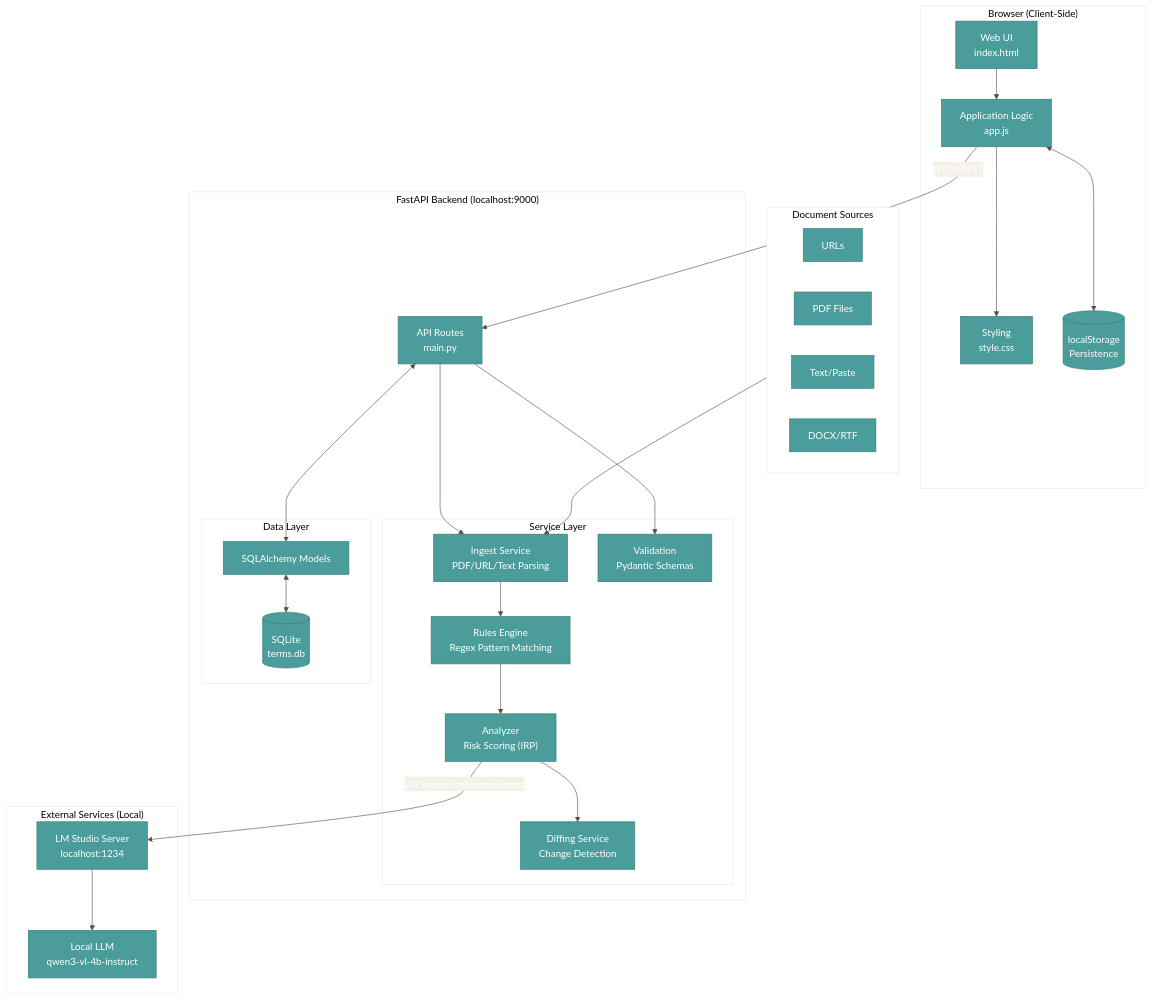
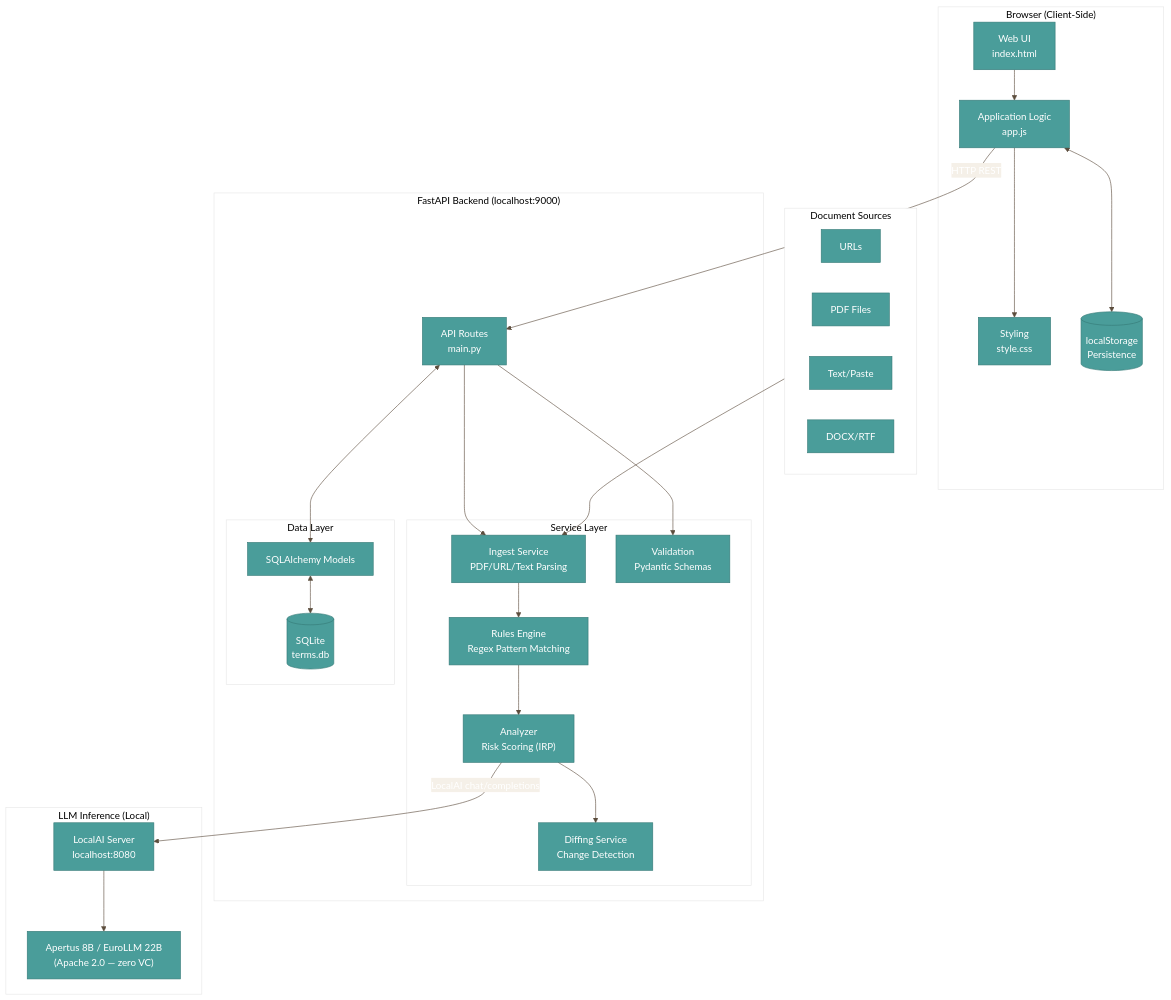
Before and after one commit to jennifer-mckinney/terms-analysis: the diagram in docs/diagrams/architecture.mmd, drawn with Mermaid. The commit also changed 8 other files, not shown here.

```diff
--- a/docs/diagrams/architecture.mmd
+++ b/docs/diagrams/architecture.mmd
@@ -1,64 +1,64 @@
 %%{init: {'theme': 'base', 'themeVariables': { 'primaryColor': '#4a9d9a', 'primaryTextColor': '#fff', 'primaryBorderColor': '#357a77', 'lineColor': '#5c4d3d', 'secondaryColor': '#f5f0e8', 'tertiaryColor': '#fff'}}}%%
 
 flowchart TB
     subgraph Client["Browser (Client-Side)"]
         UI["Web UI<br/>index.html"]
         JS["Application Logic<br/>app.js"]
         CSS["Styling<br/>style.css"]
         LS[("localStorage<br/>Persistence")]
     end
 
     subgraph Backend["FastAPI Backend (localhost:9000)"]
         API["API Routes<br/>main.py"]
 
         subgraph Services["Service Layer"]
             ING["Ingest Service<br/>PDF/URL/Text Parsing"]
             RUL["Rules Engine<br/>Regex Pattern Matching"]
             ANA["Analyzer<br/>Risk Scoring (IRP)"]
             VAL["Validation<br/>Pydantic Schemas"]
             DIF["Diffing Service<br/>Change Detection"]
         end
 
         subgraph Data["Data Layer"]
             DB[("SQLite<br/>terms.db")]
             MOD["SQLAlchemy Models"]
         end
     end
 
-    subgraph External["External Services (Local)"]
-        LM["LM Studio Server<br/>localhost:1234"]
-        MODEL["Local LLM<br/>qwen3-vl-4b-instruct"]
+    subgraph External["LLM Inference (Local)"]
+        LM["LocalAI Server<br/>localhost:8080"]
+        MODEL["Apertus 8B / EuroLLM 22B<br/>(Apache 2.0 — zero VC)"]
     end
 
     subgraph DocumentSources["Document Sources"]
         URL["URLs"]
         PDF["PDF Files"]
         TXT["Text/Paste"]
         DOC["DOCX/RTF"]
     end
 
     %% Client connections
     UI --> JS
     JS --> CSS
     JS <--> LS
 
     %% API connections
     JS -->|"HTTP REST"| API
     API --> ING
     API --> VAL
 
     %% Service flow
     ING --> RUL
     RUL --> ANA
     ANA --> DIF
 
     %% LLM connection
-    ANA -->|"LM Studio chat/completions"| LM
+    ANA -->|"LocalAI chat/completions"| LM
     LM --> MODEL
 
     %% Data connections
     API <--> MOD
     MOD <--> DB
 
     %% Document sources
     DocumentSources --> ING
```
